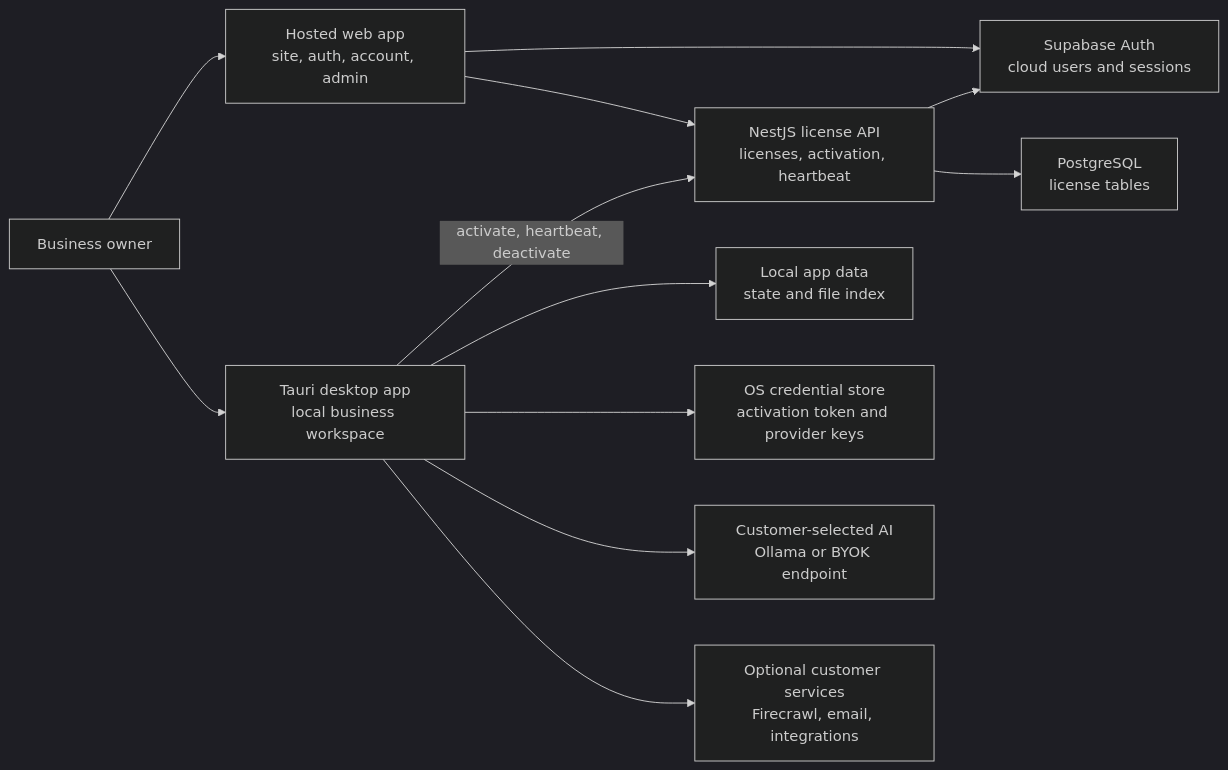
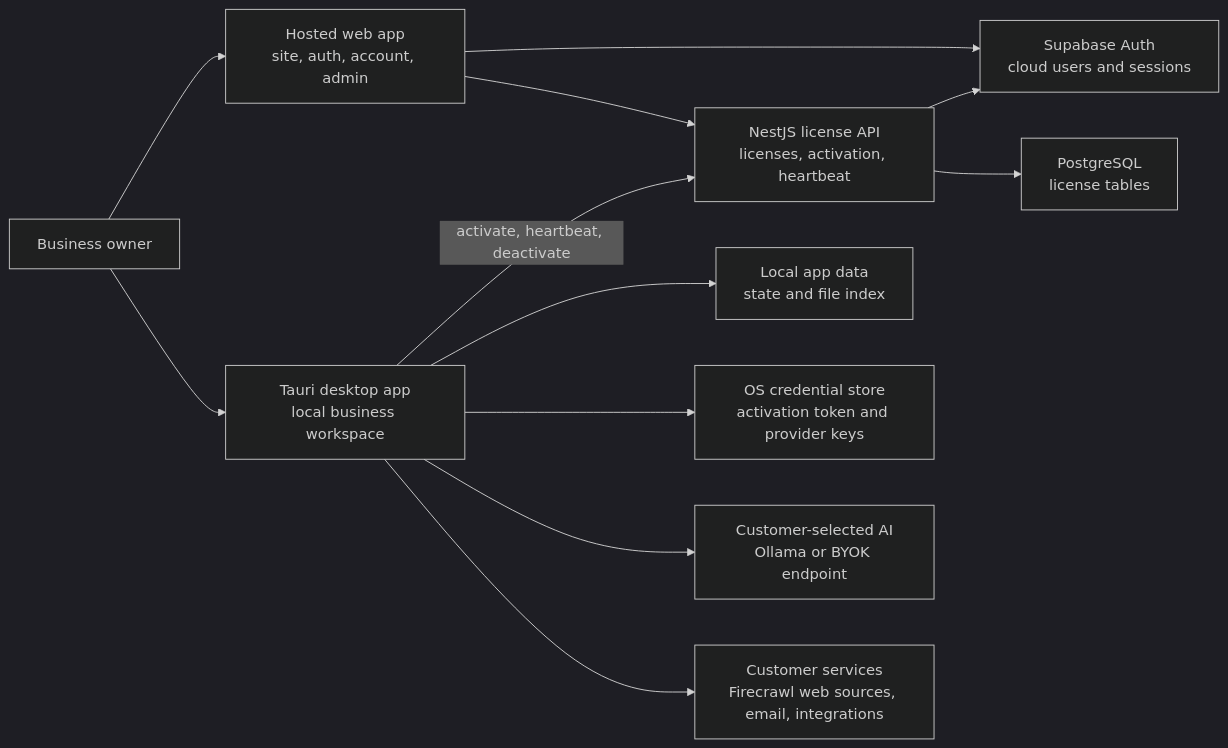
The first of 4 diagrams in docs/ARCHITECTURE.md (Afnanksalal/co-op), drawn with Mermaid (dark theme) before and after one commit. The commit also changed other lines of this file and 69 other files, not shown here.

````diff
--- a/docs/ARCHITECTURE.md
+++ b/docs/ARCHITECTURE.md
@@ -7,25 +7,25 @@
 ```mermaid
 flowchart LR
   Owner["Business owner"]
   Browser["Hosted web app<br/>site, auth, account, admin"]
   Supabase["Supabase Auth<br/>cloud users and sessions"]
   API["NestJS license API<br/>licenses, activation, heartbeat"]
   DB["PostgreSQL<br/>license tables"]
   Desktop["Tauri desktop app<br/>local business workspace"]
   AppData["Local app data<br/>state and file index"]
   Keychain["OS credential store<br/>activation token and provider keys"]
   AI["Customer-selected AI<br/>Ollama or BYOK endpoint"]
-  Services["Optional customer services<br/>Firecrawl, email, integrations"]
+  Services["Customer services<br/>Firecrawl web sources, email, integrations"]
 
   Owner --> Browser
   Browser --> Supabase
   Browser --> API
   API --> Supabase
   API --> DB
   Owner --> Desktop
   Desktop -->|"activate, heartbeat, deactivate"| API
   Desktop --> AppData
   Desktop --> Keychain
   Desktop --> AI
   Desktop --> Services
 ```
````
